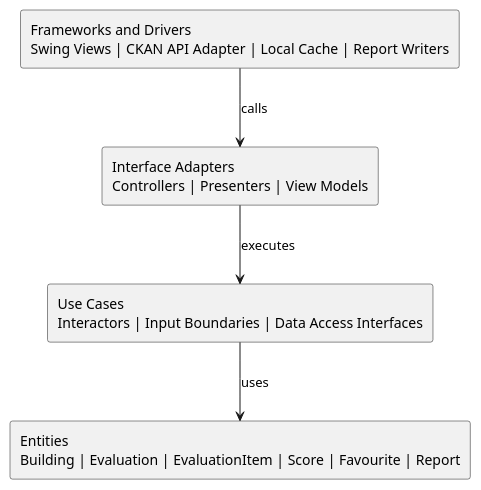
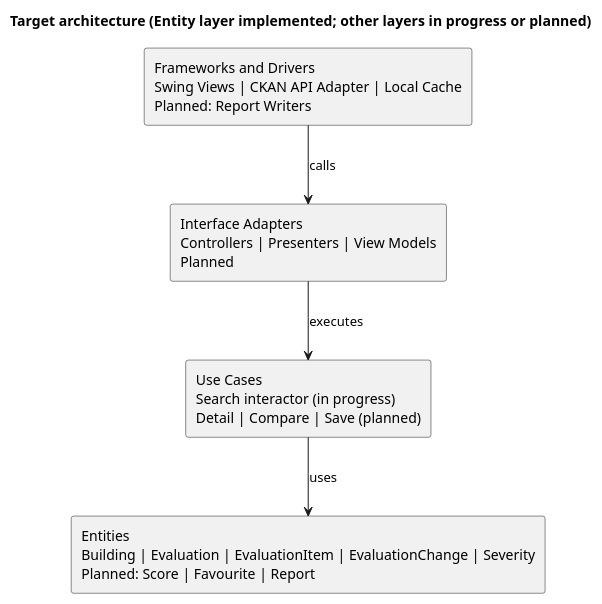
The diagram in docs/diagrams/architecture.puml (zdonghe/207-project), drawn with PlantUML before and after one commit. The commit also changed 8 other files, not shown here.

```diff
--- a/docs/diagrams/architecture.puml
+++ b/docs/diagrams/architecture.puml
@@ -1,13 +1,14 @@
 @startuml
 skinparam componentStyle rectangle
 skinparam packageStyle rectangle
+title Target architecture (Entity layer implemented; other layers in progress or planned)
 
-rectangle "Frameworks and Drivers\nSwing Views | CKAN API Adapter | Local Cache | Report Writers" as F
-rectangle "Interface Adapters\nControllers | Presenters | View Models" as I
-rectangle "Use Cases\nInteractors | Input Boundaries | Data Access Interfaces" as U
-rectangle "Entities\nBuilding | Evaluation | EvaluationItem | Score | Favourite | Report" as E
+rectangle "Frameworks and Drivers\nSwing Views | CKAN API Adapter | Local Cache\nPlanned: Report Writers" as F
+rectangle "Interface Adapters\nControllers | Presenters | View Models\nPlanned" as I
+rectangle "Use Cases\nSearch interactor (in progress)\nDetail | Compare | Save (planned)" as U
+rectangle "Entities\nBuilding | Evaluation | EvaluationItem | EvaluationChange | Severity\nPlanned: Score | Favourite | Report" as E
 
 F --> I : calls
 I --> U : executes
 U --> E : uses
 @enduml
```
